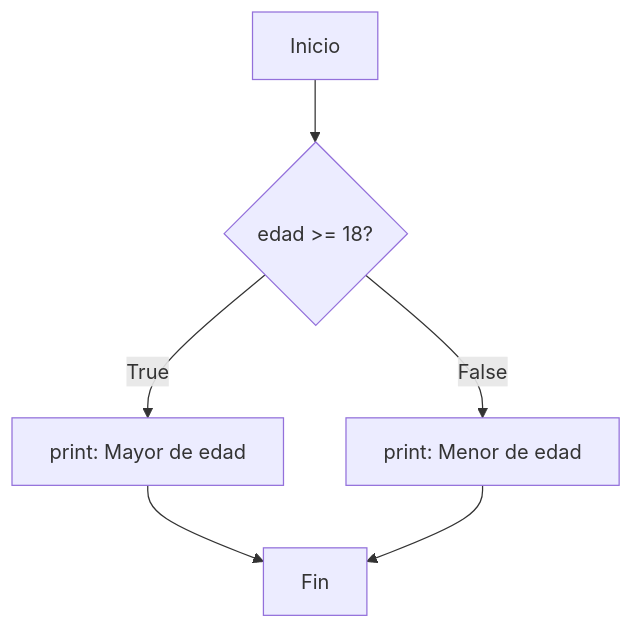
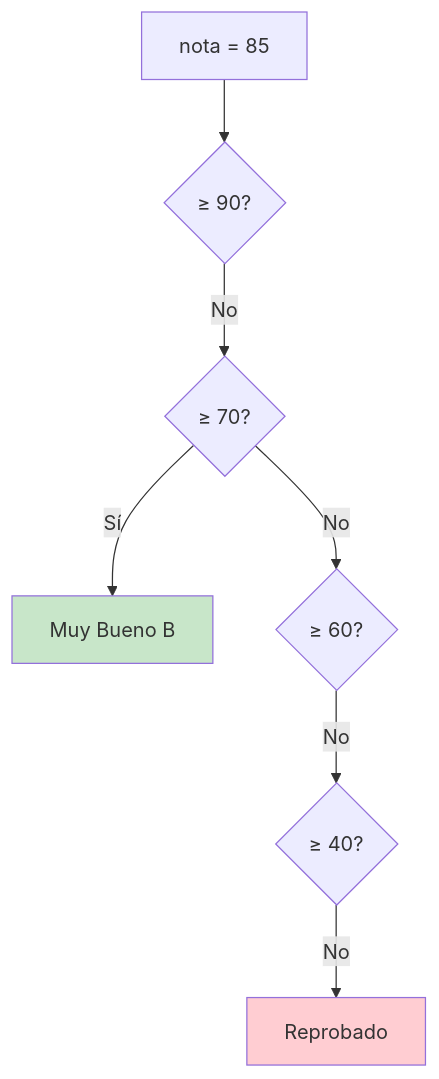
One commit to INGCOM-UNRN/apunte-ingreso changed the fourth of 7 diagrams in 2_control_flujo.md. Above: the diagram before and after it, drawn with Mermaid. The commit also changed other lines of this file and 62 other files, not shown here.

````diff
--- a/2_control_flujo.md
+++ b/2_control_flujo.md
@@ -87,8 +441,12 @@
 ```{mermaid}
-flowchart TD
-    A[Inicio] --> B{edad >= 18?}
-    B -->|True| C[print: Mayor de edad]
-    B -->|False| D[print: Menor de edad]
-    C --> E[Fin]
-    D --> E
+graph TD
+    A[nota = 85] --> B{≥ 90?}
+    B -->|No| C{≥ 70?}
+    C -->|Sí| D[Muy Bueno B]
+    C -->|No| E{≥ 60?}
+    E -->|No| F{≥ 40?}
+    F -->|No| G[Reprobado]
+    
+    style D fill:#c8e6c9
+    style G fill:#ffcdd2
 ```
````
